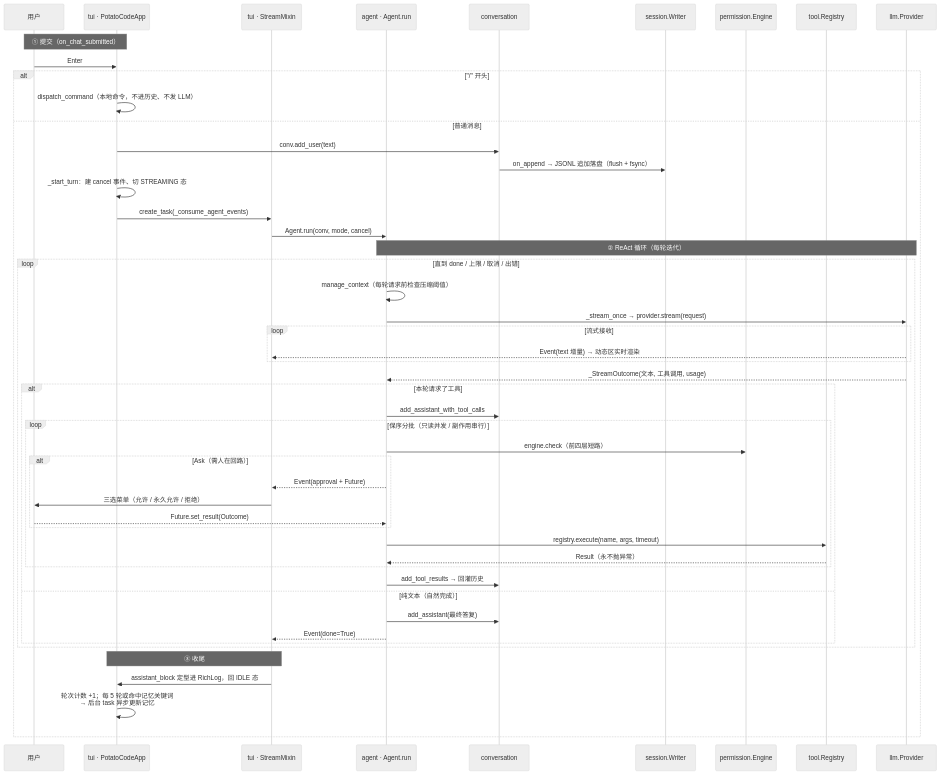
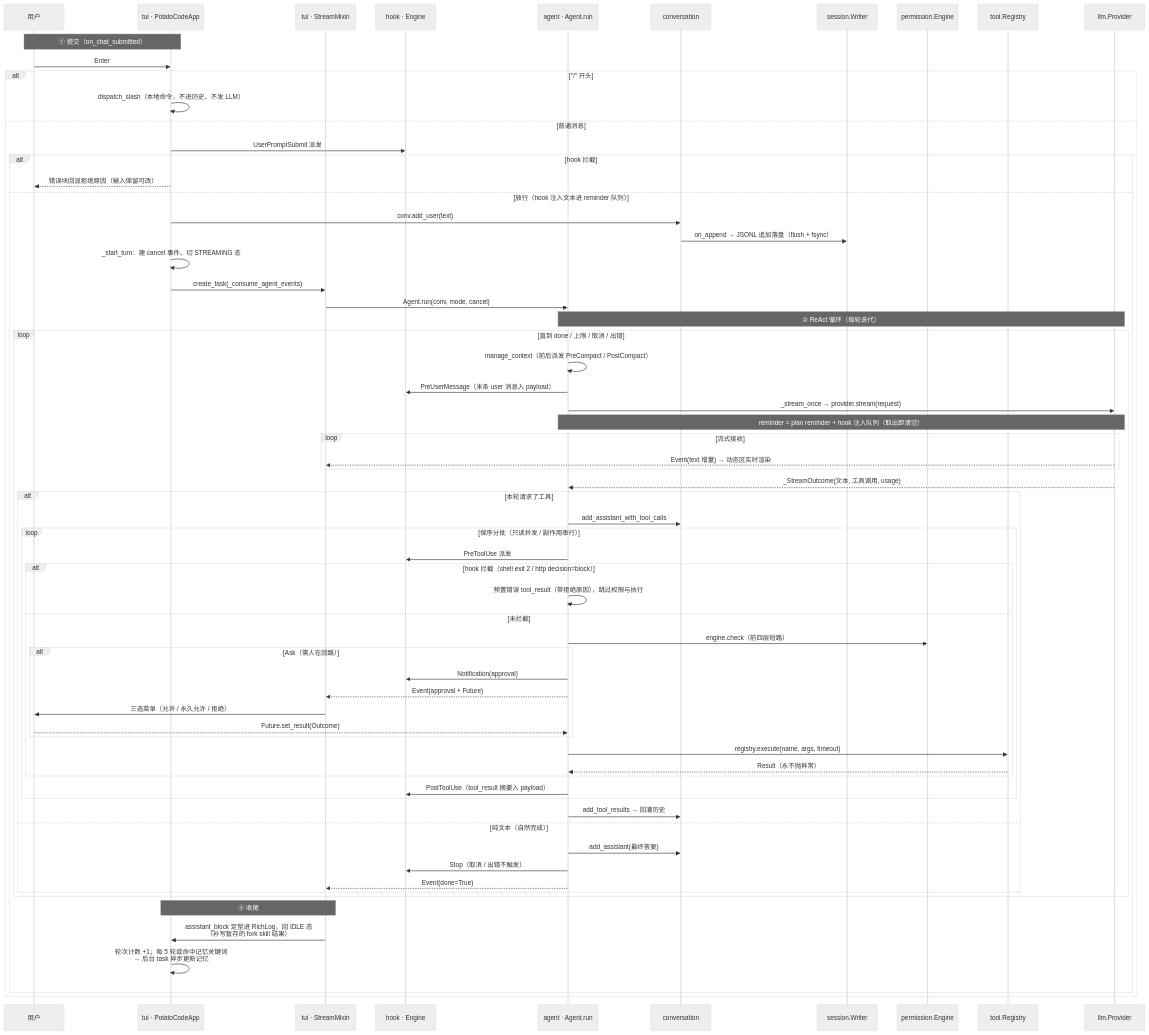
Before and after one commit to PotatoMan1993/potato-code: the second of 2 diagrams in docs/architecture.md, drawn with Mermaid (neutral theme). The commit also changed other lines of this file and 48 other files, not shown here.

Commit message:
ch15: SubAgent 机制 - subagent 包（角色定义/三层Catalog/内置3角色）+ task 包（后台Manager与4操控工具）+ Agent 工具（定义式/Fork、五层工具过滤、深度标记防嵌套）+ run_to_completion 底座收编 skill fork + task-notification 注入主对话

````diff
--- a/docs/architecture.md
+++ b/docs/architecture.md
@@ -89,56 +113,72 @@
 ```mermaid
 sequenceDiagram
     participant U as 用户
     participant TUI as tui · PotatoCodeApp
     participant ST as tui · StreamMixin
+    participant HK as hook · Engine
     participant AG as agent · Agent.run
     participant CV as conversation
     participant W as session.Writer
     participant PE as permission.Engine
     participant TK as tool.Registry
     participant L as llm.Provider
 
     Note over U,TUI: ① 提交（on_chat_submitted）
     U->>TUI: Enter
     alt "/" 开头
-        TUI->>TUI: dispatch_command（本地命令，不进历史、不发 LLM）
+        TUI->>TUI: dispatch_slash（本地命令，不进历史、不发 LLM）
     else 普通消息
-        TUI->>CV: conv.add_user(text)
-        CV->>W: on_append → JSONL 追加落盘（flush + fsync）
-        TUI->>TUI: _start_turn：建 cancel 事件、切 STREAMING 态
-        TUI->>ST: create_task(_consume_agent_events)
-        ST->>AG: Agent.run(conv, mode, cancel)
+        TUI->>HK: UserPromptSubmit 派发
+        alt hook 拦截
+            TUI-->>U: 错误块回显拒绝原因（输入保留可改）
+        else 放行（hook 注入文本进 reminder 队列）
+            TUI->>CV: conv.add_user(text)
+            CV->>W: on_append → JSONL 追加落盘（flush + fsync）
+            TUI->>TUI: _start_turn：建 cancel 事件、切 STREAMING 态
+            TUI->>ST: create_task(_consume_agent_events)
+            ST->>AG: Agent.run(conv, mode, cancel)
 
-        Note over AG,L: ② ReAct 循环（每轮迭代）
-        loop 直到 done / 上限 / 取消 / 出错
-            AG->>AG: manage_context（每轮请求前检查压缩阈值）
-            AG->>L: _stream_once → provider.stream(request)
-            loop 流式接收
-                L-->>ST: Event(text 增量) → 动态区实时渲染
+            Note over AG,L: ② ReAct 循环（每轮迭代）
+            loop 直到 done / 上限 / 取消 / 出错
+                AG->>AG: manage_context（前后派发 PreCompact / PostCompact）
+                AG->>HK: PreUserMessage（末条 user 消息入 payload）
+                AG->>L: _stream_once → provider.stream(request)
+                Note over AG,L: reminder = plan reminder + hook 注入队列（取出即清空）
+                loop 流式接收
+                    L-->>ST: Event(text 增量) → 动态区实时渲染
+                end
+                L-->>AG: _StreamOutcome(文本, 工具调用, usage)
+
+                alt 本轮请求了工具
+                    AG->>CV: add_assistant_with_tool_calls
+                    loop 保序分批（只读并发 / 副作用串行）
+                        AG->>HK: PreToolUse 派发
+                        alt hook 拦截（shell exit 2 / http decision=block）
+                            AG->>AG: 预置错误 tool_result（带拒绝原因），跳过权限与执行
+                        else 未拦截
+                            AG->>PE: engine.check（前四层短路）
+                            alt Ask（需人在回路）
+                                AG->>HK: Notification(approval)
+                                AG-->>ST: Event(approval + Future)
+                                ST->>U: 三选菜单（允许 / 永久允许 / 拒绝）
+                                U-->>AG: Future.set_result(Outcome)
+                            end
+                            AG->>TK: registry.execute(name, args, timeout)
+                            TK-->>AG: Result（永不抛异常）
+                        end
+                        AG->>HK: PostToolUse（tool_result 摘要入 payload）
+                    end
+                    AG->>CV: add_tool_results → 回灌历史
+                else 纯文本（自然完成）
+                    AG->>CV: add_assistant(最终答复)
+                    AG->>HK: Stop（取消 / 出错不触发）
+                    AG-->>ST: Event(done=True)
+                end
             end
-            L-->>AG: _StreamOutcome(文本, 工具调用, usage)
 
-            alt 本轮请求了工具
-                AG->>CV: add_assistant_with_tool_calls
-                loop 保序分批（只读并发 / 副作用串行）
-                    AG->>PE: engine.check（前四层短路）
-                    alt Ask（需人在回路）
-                        AG-->>ST: Event(approval + Future)
-                        ST->>U: 三选菜单（允许 / 永久允许 / 拒绝）
-                        U-->>AG: Future.set_result(Outcome)
-                    end
-                    AG->>TK: registry.execute(name, args, timeout)
-                    TK-->>AG: Result（永不抛异常）
-                end
-                AG->>CV: add_tool_results → 回灌历史
-            else 纯文本（自然完成）
-                AG->>CV: add_assistant(最终答复)
-                AG-->>ST: Event(done=True)
-            end
+            Note over ST,TUI: ③ 收尾
+            ST->>TUI: assistant_block 定型进 RichLog，回 IDLE 态<br/>（补写暂存的 fork skill 结果）
+            TUI->>TUI: 轮次计数 +1；每 5 轮或命中记忆关键词<br/>→ 后台 task 异步更新记忆
         end
-
-        Note over ST,TUI: ③ 收尾
-        ST->>TUI: assistant_block 定型进 RichLog，回 IDLE 态
-        TUI->>TUI: 轮次计数 +1；每 5 轮或命中记忆关键词<br/>→ 后台 task 异步更新记忆
     end
 ```
````
